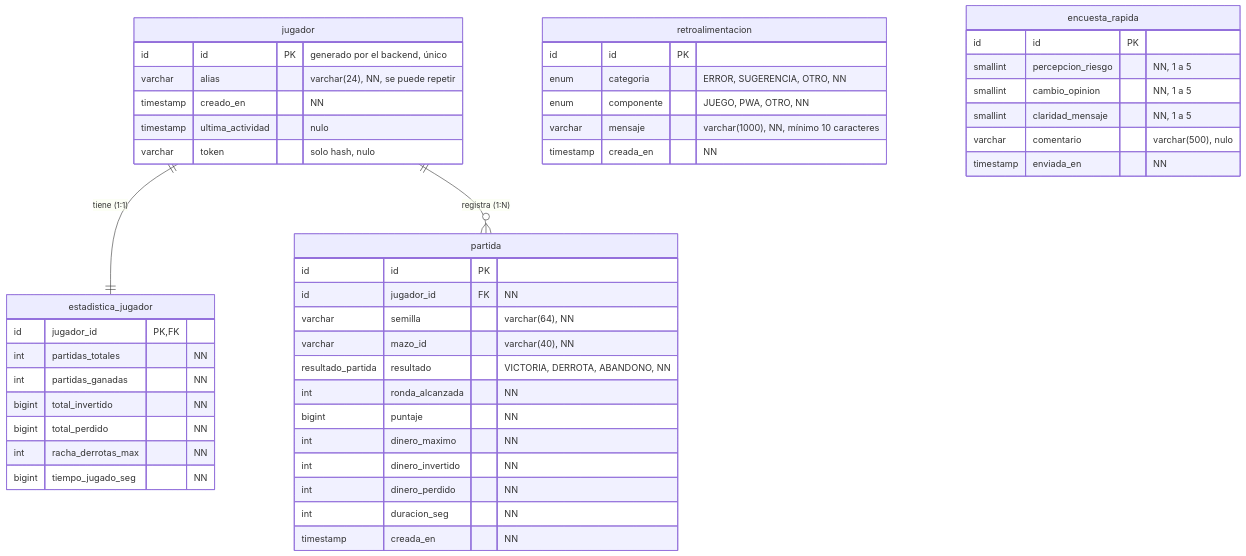
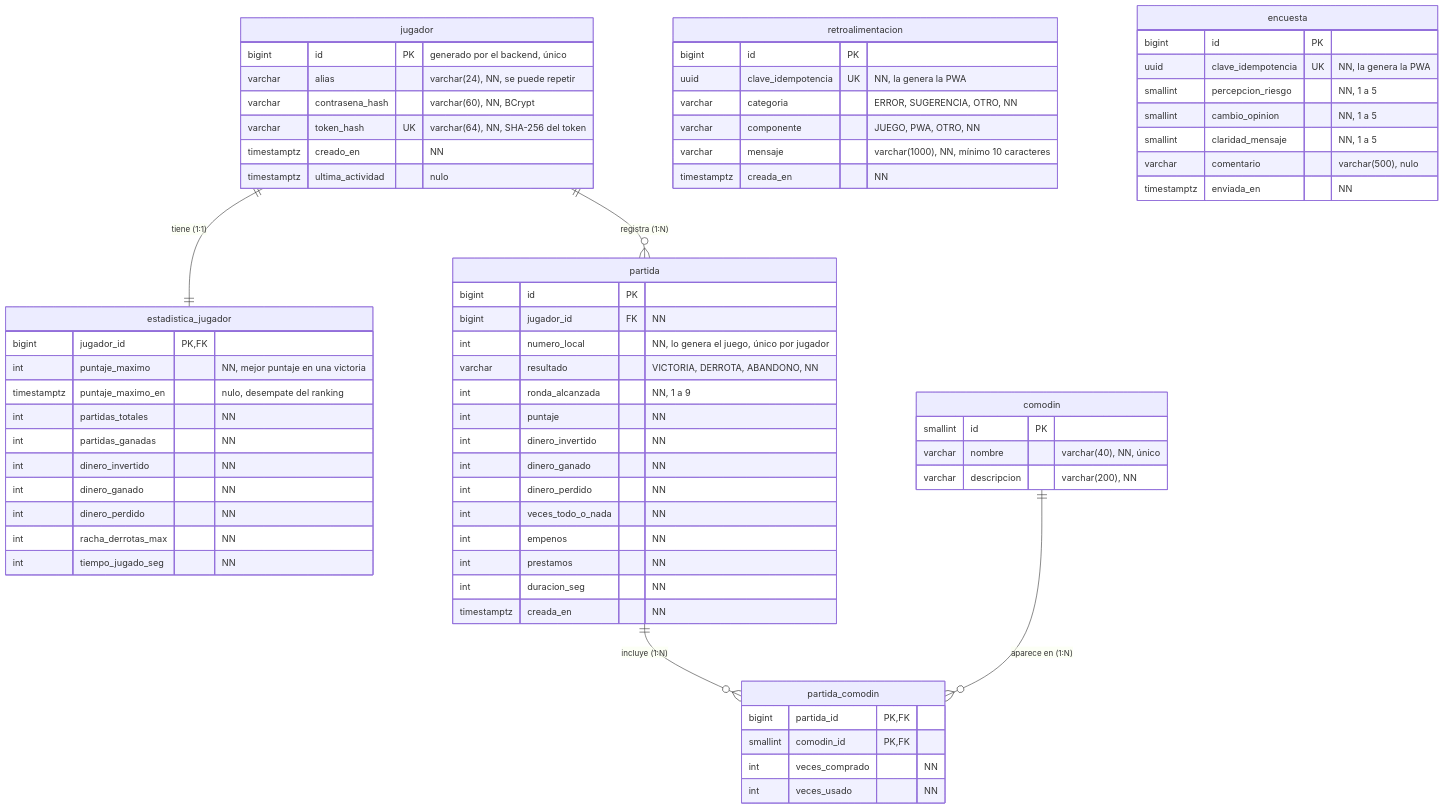
Before and after one commit to Anuma-Games/fat-fish-pwa: the diagram in docs/diagramas/modelo-datos.mmd, drawn with Mermaid. The commit also changed 2 other files, not shown here.

```diff
--- a/docs/diagramas/modelo-datos.mmd
+++ b/docs/diagramas/modelo-datos.mmd
@@ -1,53 +1,78 @@
+%% Simbología: PK = llave primaria, FK = llave foránea, UK = valor único,
+%% NN = obligatorio (not null), nulo = opcional, varchar(n) = texto de hasta n caracteres.
 erDiagram
     jugador ||--|| estadistica_jugador : "tiene (1:1)"
     jugador ||--o{ partida : "registra (1:N)"
+    partida ||--o{ partida_comodin : "incluye (1:N)"
+    comodin ||--o{ partida_comodin : "aparece en (1:N)"
 
     jugador {
-        id id PK "generado por el backend, único"
+        bigint id PK "generado por el backend, único"
         varchar alias "varchar(24), NN, se puede repetir"
-        timestamp creado_en "NN"
-        timestamp ultima_actividad "nulo"
-        varchar token "solo hash, nulo"
+        varchar contrasena_hash "varchar(60), NN, BCrypt"
+        varchar token_hash UK "varchar(64), NN, SHA-256 del token"
+        timestamptz creado_en "NN"
+        timestamptz ultima_actividad "nulo"
     }
 
     estadistica_jugador {
-        id jugador_id PK, FK
+        bigint jugador_id PK, FK
+        int puntaje_maximo "NN, mejor puntaje en una victoria"
+        timestamptz puntaje_maximo_en "nulo, desempate del ranking"
         int partidas_totales "NN"
         int partidas_ganadas "NN"
-        bigint total_invertido "NN"
-        bigint total_perdido "NN"
+        int dinero_invertido "NN"
+        int dinero_ganado "NN"
+        int dinero_perdido "NN"
         int racha_derrotas_max "NN"
-        bigint tiempo_jugado_seg "NN"
+        int tiempo_jugado_seg "NN"
     }
 
     partida {
-        id id PK
-        id jugador_id FK "NN"
-        varchar semilla "varchar(64), NN"
-        varchar mazo_id "varchar(40), NN"
-        resultado_partida resultado "VICTORIA, DERROTA, ABANDONO, NN"
-        int ronda_alcanzada "NN"
-        bigint puntaje "NN"
-        int dinero_maximo "NN"
+        bigint id PK
+        bigint jugador_id FK "NN"
+        int numero_local "NN, lo genera el juego, único por jugador"
+        varchar resultado "VICTORIA, DERROTA, ABANDONO, NN"
+        int ronda_alcanzada "NN, 1 a 9"
+        int puntaje "NN"
         int dinero_invertido "NN"
+        int dinero_ganado "NN"
         int dinero_perdido "NN"
+        int veces_todo_o_nada "NN"
+        int empenos "NN"
+        int prestamos "NN"
         int duracion_seg "NN"
-        timestamp creada_en "NN"
+        timestamptz creada_en "NN"
+    }
+
+    comodin {
+        smallint id PK
+        varchar nombre "varchar(40), NN, único"
+        varchar descripcion "varchar(200), NN"
+    }
+
+    partida_comodin {
+        bigint partida_id PK, FK
+        smallint comodin_id PK, FK
+        int veces_comprado "NN"
+        int veces_usado "NN"
     }
 
     retroalimentacion {
-        id id PK
-        enum categoria "ERROR, SUGERENCIA, OTRO, NN"
-        enum componente "JUEGO, PWA, OTRO, NN"
+        bigint id PK
+        uuid clave_idempotencia UK "NN, la genera la PWA"
+        varchar categoria "ERROR, SUGERENCIA, OTRO, NN"
+        varchar componente "JUEGO, PWA, OTRO, NN"
         varchar mensaje "varchar(1000), NN, mínimo 10 caracteres"
-        timestamp creada_en "NN"
+        timestamptz creada_en "NN"
     }
 
-    encuesta_rapida {
-        id id PK
+    encuesta {
+        bigint id PK
+        uuid clave_idempotencia UK "NN, la genera la PWA"
         smallint percepcion_riesgo "NN, 1 a 5"
         smallint cambio_opinion "NN, 1 a 5"
         smallint claridad_mensaje "NN, 1 a 5"
         varchar comentario "varchar(500), nulo"
-        timestamp enviada_en "NN"
+        timestamptz enviada_en "NN"
     }
```
